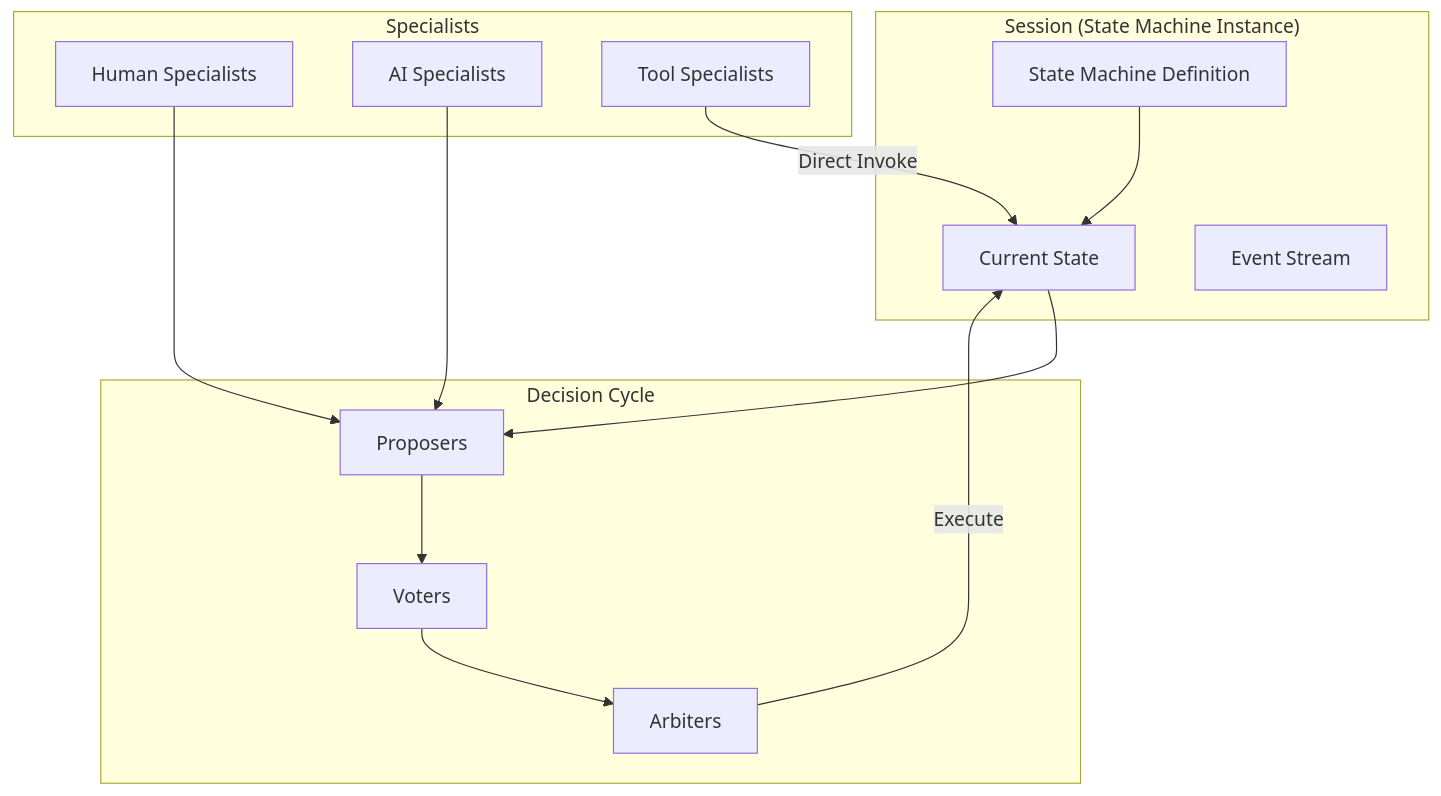
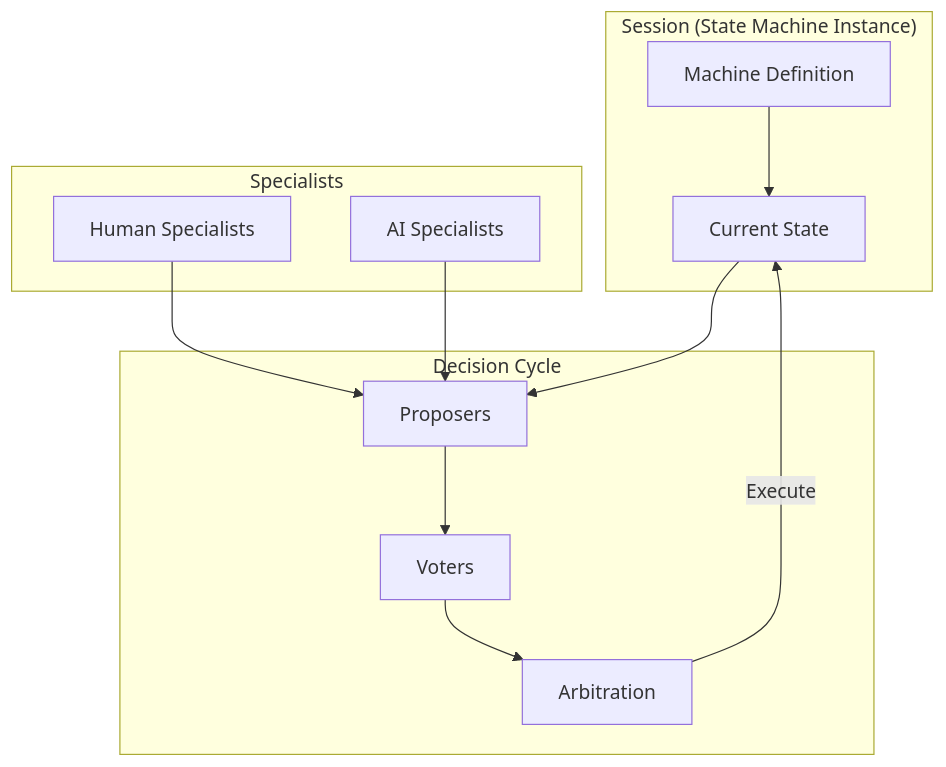
One commit to eloquentanalytics/dialai changed the first of 2 diagrams in website/docs/concepts/intro.md. Above: the diagram before and after it, drawn with Mermaid. The commit also changed other lines of this file and 46 other files, not shown here.

````diff
--- a/website/docs/concepts/intro.md
+++ b/website/docs/concepts/intro.md
@@ -11,29 +11,26 @@
 ```mermaid
 graph TB
     subgraph "Session (State Machine Instance)"
-        SM[State Machine Definition]
+        SM[Machine Definition]
         CS[Current State]
-        EP[Event Stream]
     end
-    
+
     subgraph "Specialists"
         H[Human Specialists]
         AI[AI Specialists]
-        T[Tool Specialists]
     end
-    
+
     subgraph "Decision Cycle"
         P[Proposers]
         V[Voters]
-        A[Arbiters]
+        A[Arbitration]
     end
-    
+
     SM --> CS
     CS --> P
     H --> P
     AI --> P
     P --> V
     V --> A
     A --> |Execute| CS
-    T --> |Direct Invoke| CS
 ```
````
